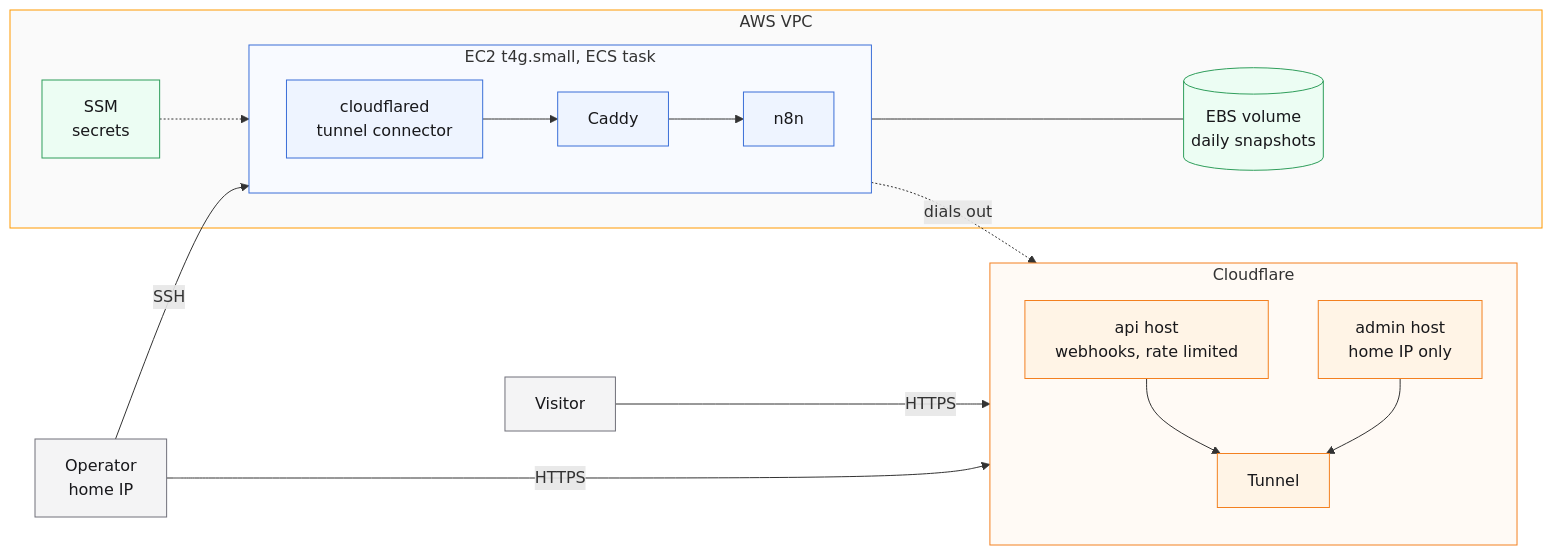
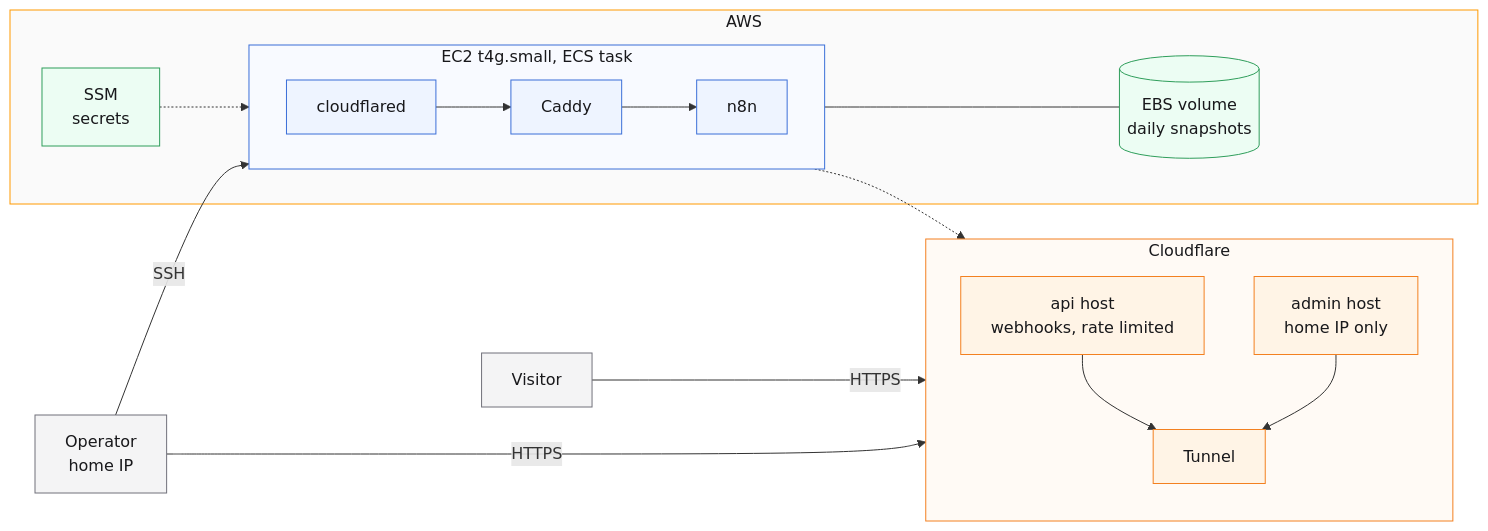
The diagram in infra/docs/networking.md (lvampa/agent-portfolio), drawn with Mermaid before and after one commit. The commit also changed other lines of this file, not shown here.

Commit message:
Tidy the networking diagram labels and titles

````diff
--- a/infra/docs/networking.md
+++ b/infra/docs/networking.md
@@ -3,44 +3,44 @@
 ```mermaid
 flowchart LR
   visitor["Visitor"]
   operator["Operator<br/>home IP"]
 
   subgraph cf["Cloudflare"]
     direction TB
     apiHost["api host<br/>webhooks, rate limited"]
     adminHost["admin host<br/>home IP only"]
     tunnel["Tunnel"]
   end
 
-  subgraph aws["AWS VPC"]
+  subgraph aws["AWS"]
     subgraph ec2["EC2 t4g.small, ECS task"]
       direction LR
-      cloudflared["cloudflared<br/>tunnel connector"] --> caddy["Caddy"] --> n8n["n8n"]
+      cloudflared["cloudflared"] --> caddy["Caddy"] --> n8n["n8n"]
     end
     ebs[("EBS volume<br/>daily snapshots")]
     ssm["SSM<br/>secrets"]
   end
 
   visitor -->|HTTPS| apiHost
   operator -->|HTTPS| adminHost
   apiHost --> tunnel
   adminHost --> tunnel
-  cloudflared -. "dials out" .-> tunnel
+  cloudflared -.-> tunnel
   n8n --- ebs
   ssm -.-> ec2
   operator -->|SSH| ec2
 
   classDef external fill:#f4f4f5,stroke:#71717a,color:#18181b
   classDef cloudflare fill:#fff4e6,stroke:#f38020,color:#18181b
   classDef compute fill:#eef4ff,stroke:#3b6fd8,color:#18181b
   classDef data fill:#ecfdf3,stroke:#2f9e5b,color:#18181b
 
   class visitor,operator external
   class apiHost,adminHost,tunnel cloudflare
   class cloudflared,caddy,n8n compute
   class ebs,ssm data
 
-  style cf fill:#fffaf5,stroke:#f38020
-  style aws fill:#fafafa,stroke:#ff9900
-  style ec2 fill:#f8faff,stroke:#3b6fd8
+  style cf fill:#fffaf5,stroke:#f38020,color:#18181b
+  style aws fill:#fafafa,stroke:#ff9900,color:#18181b
+  style ec2 fill:#f8faff,stroke:#3b6fd8,color:#18181b
 ```
````
